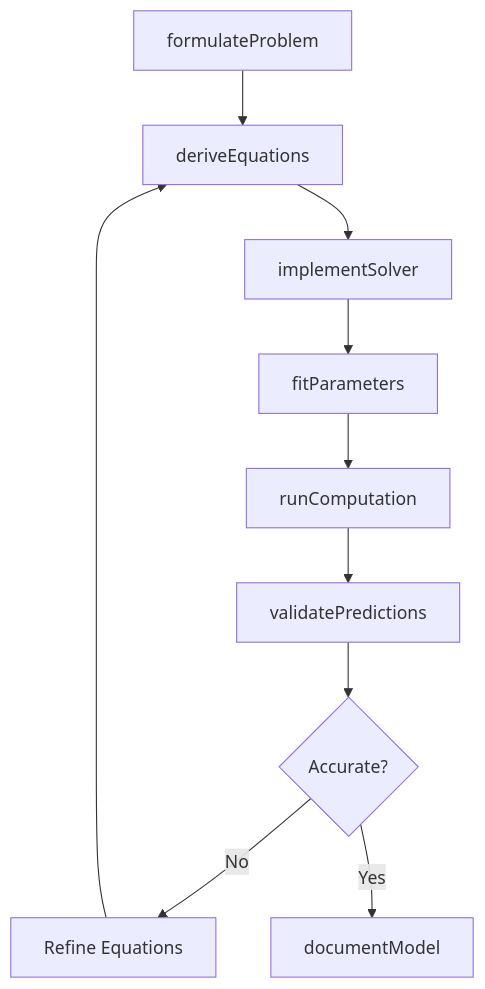
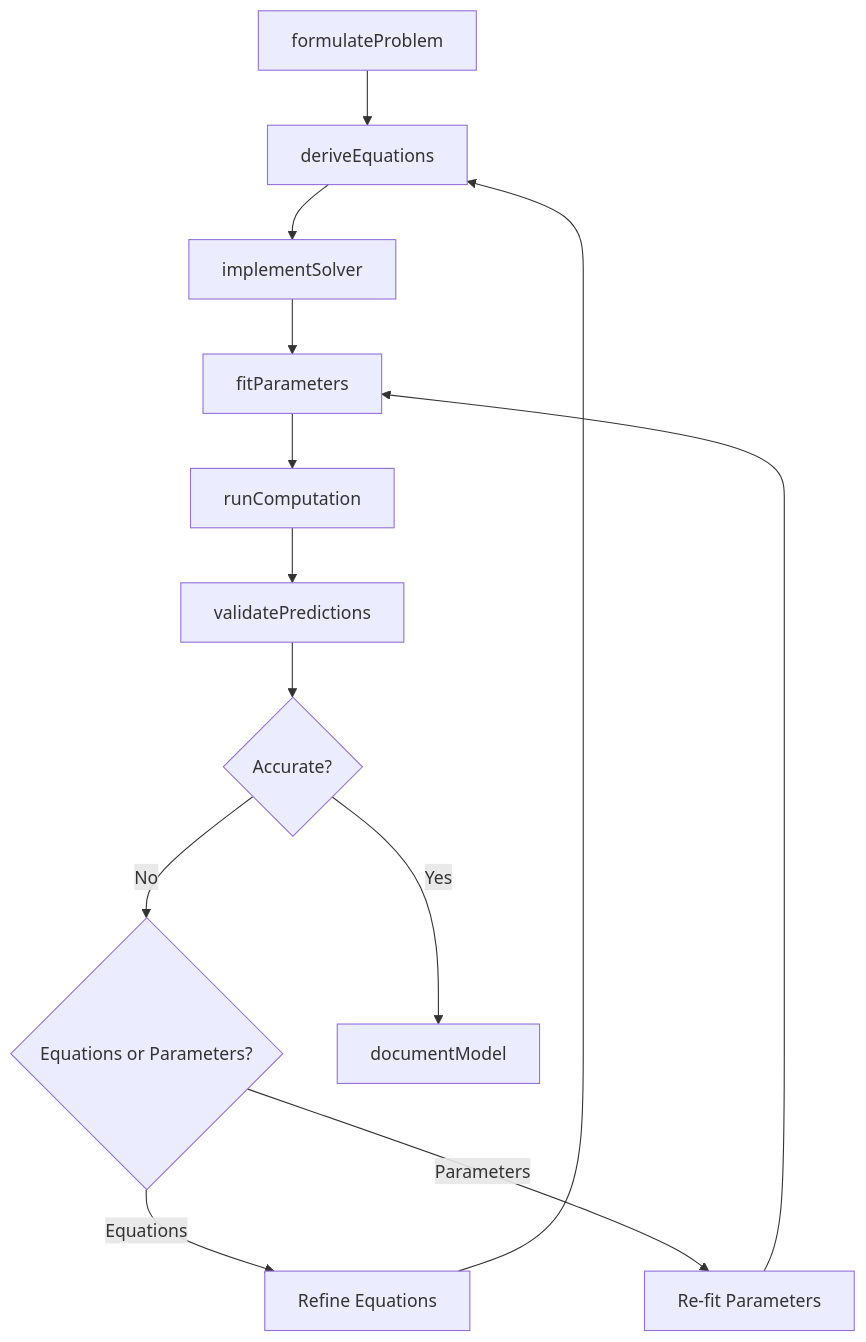
One commit to dot-org-ai/tasks.org.ai changed the third of 4 diagrams in ThinkingCreatively/DevelopScientificOrMathematicalTheoriesOrModels/DevelopScientificMathematicalModels.mdx. Above: the diagram before and after it, drawn with Mermaid. The commit also changed other lines of this file and 266 other files, not shown here.

First line of the commit message:
feat: Add ER diagrams, state diagrams to wave 2 batch (251 DWA files)

````diff
--- a/ThinkingCreatively/DevelopScientificOrMathematicalTheoriesOrModels/DevelopScientificMathematicalModels.mdx
+++ b/ThinkingCreatively/DevelopScientificOrMathematicalTheoriesOrModels/DevelopScientificMathematicalModels.mdx
@@ -86,12 +114,15 @@
 ```mermaid
 graph TD
     A[formulateProblem] --> B[deriveEquations]
     B --> C[implementSolver]
     C --> D[fitParameters]
     D --> E[runComputation]
     E --> F[validatePredictions]
     F --> G{Accurate?}
-    G -->|No| H[Refine Equations]
-    H --> B
-    G -->|Yes| I[documentModel]
+    G -->|No| H{Equations or Parameters?}
+    H -->|Equations| I[Refine Equations]
+    I --> B
+    H -->|Parameters| J[Re-fit Parameters]
+    J --> D
+    G -->|Yes| K[documentModel]
 ```
````
